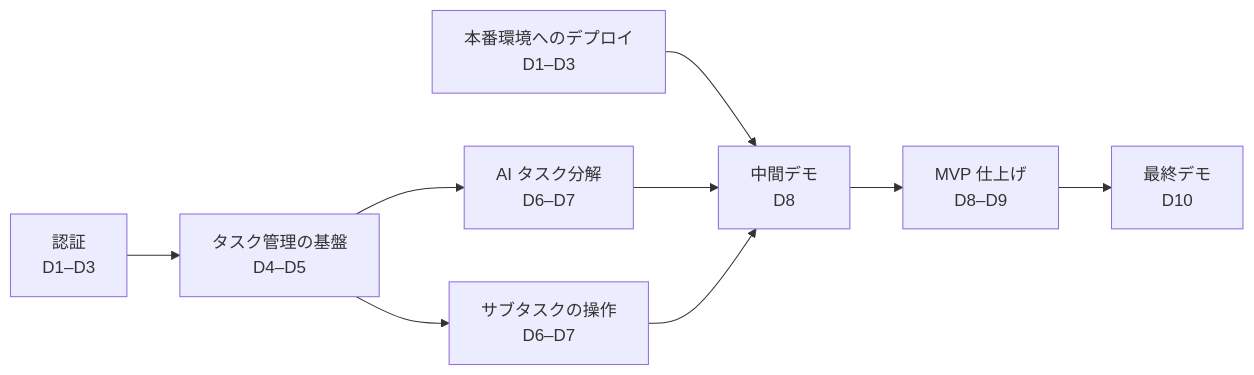
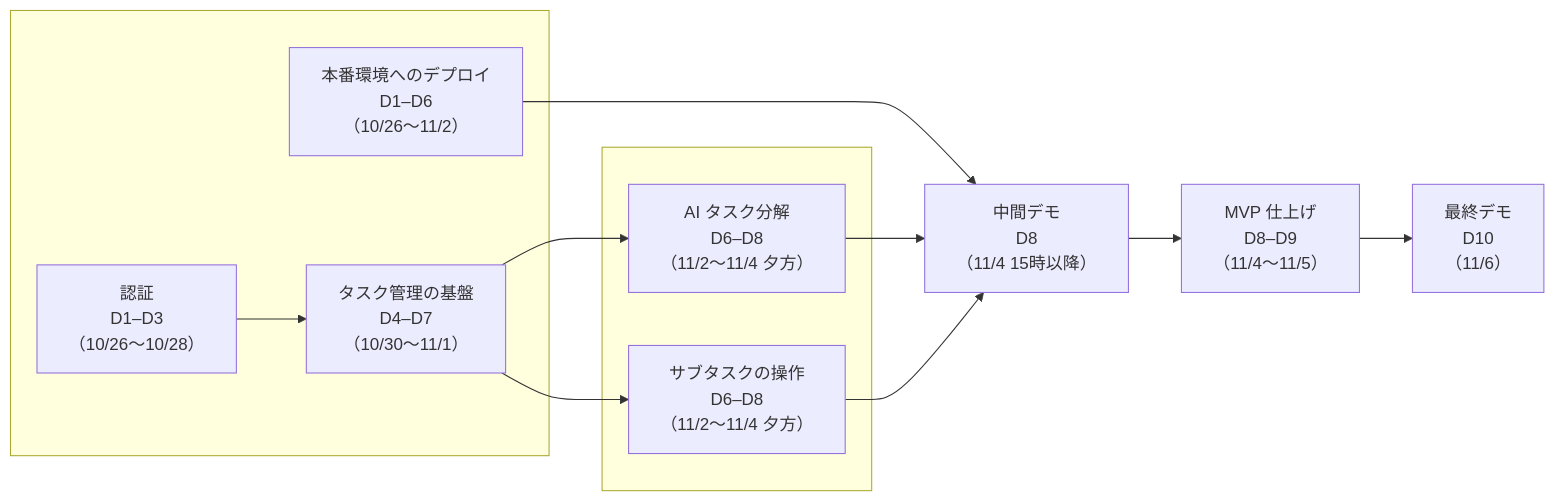
The first of 2 diagrams in docs/kickoff.md (hisaju/task-breakdown), drawn with Mermaid before and after one commit. The commit also changed other lines of this file, not shown here.

Commit message:
docs: Day表記と日付を併記し、M1・M3期日と中間デモ日程を最新化

````diff
--- a/docs/kickoff.md
+++ b/docs/kickoff.md
@@ -60,11 +60,24 @@
 ```mermaid
 flowchart LR
-  A["認証<br>D1–D3"] --> C["タスク管理の基盤<br>D4–D5"]
-  B["本番環境へのデプロイ<br>D1–D3"] --> F
-  C --> D["AI タスク分解<br>D6–D7"]
-  C --> E["サブタスクの操作<br>D6–D7"]
-  D --> F["中間デモ<br>D8"]
+  subgraph M1_M2[" "]
+    A["認証<br>D1–D3<br>（10/26〜10/28）"]
+    B["本番環境へのデプロイ<br>D1–D6<br>（10/26〜11/2）"]
+    C["タスク管理の基盤<br>D4–D7<br>（10/30〜11/1）"]
+  end
+
+  subgraph M3[" "]
+    D["AI タスク分解<br>D6–D8<br>（11/2〜11/4 夕方）"]
+    E["サブタスクの操作<br>D6–D8<br>（11/2〜11/4 夕方）"]
+  end
+
+  A --> C
+  C --> D
+  C --> E
+
+  B --> F["中間デモ<br>D8<br>（11/4 15時以降）"]
+  D --> F
   E --> F
-  F --> G["MVP 仕上げ<br>D8–D9"]
-  G --> H["最終デモ<br>D10"]
+
+  F --> G["MVP 仕上げ<br>D8–D9<br>（11/4〜11/5）"]
+  G --> H["最終デモ<br>D10<br>（11/6）"]
 ```
````
